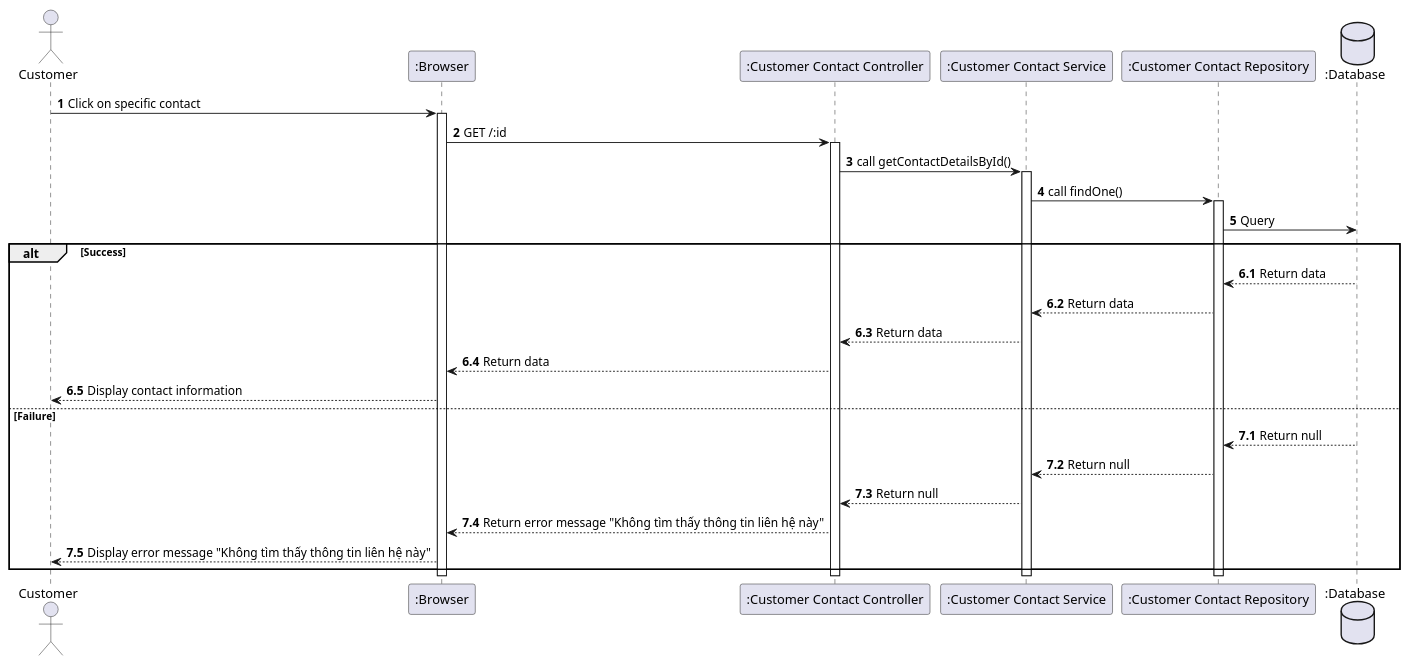
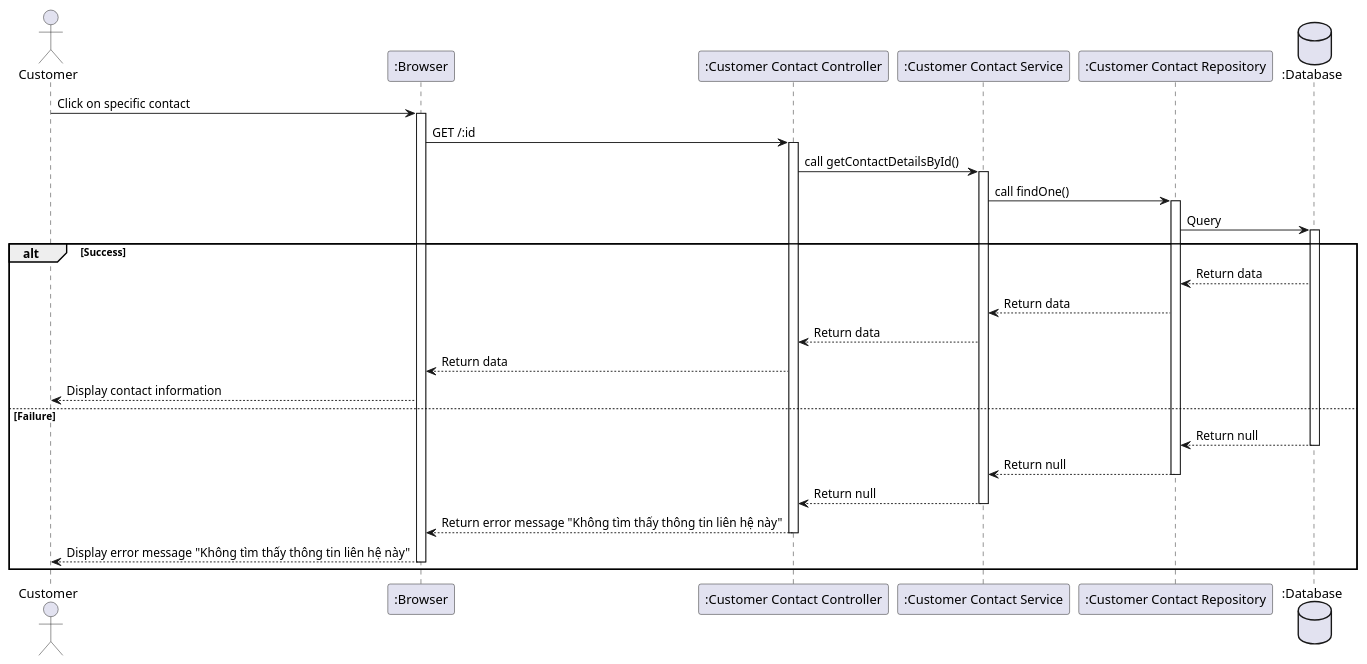
The diagram in docs/customer/sequence/getContactByDetail.plantuml (ngthanhtuung/ema-server), drawn with PlantUML before and after one commit. The commit also changed 11 other files, not shown here.

```diff
--- a/docs/customer/sequence/getContactByDetail.plantuml
+++ b/docs/customer/sequence/getContactByDetail.plantuml
@@ -1,41 +1,29 @@
 @startuml
 
 actor Customer as A
 participant ":Browser" as B
 participant ":Customer Contact Controller" as C
 participant ":Customer Contact Service" as D
 participant ":Customer Contact Repository" as E
 database ":Database" as F
 
-autonumber 1
-A -> B: Click on specific contact
-activate B
-B -> C: GET /:id
-activate C
-C -> D: call getContactDetailsById()
-activate D
-D -> E: call findOne()
-activate E
-E -> F: Query
+A -> B++: Click on specific contact
+B -> C++: GET /:id
+C -> D++: call getContactDetailsById()
+D -> E++: call findOne()
+E -> F++: Query
 alt Success
-autonumber 6.1
     F --> E: Return data
     E --> D: Return data
     D --> C: Return data
     C --> B: Return data
     B --> A: Display contact information
-autonumber 7.1
 else Failure
-    F --> E: Return null
-    E --> D: Return null
-    D --> C: Return null
-    C --> B: Return error message "Không tìm thấy thông tin liên hệ này"
-    B --> A: Display error message "Không tìm thấy thông tin liên hệ này"
+    F --> E--: Return null
+    E --> D--: Return null
+    D --> C--: Return null
+    C --> B--: Return error message "Không tìm thấy thông tin liên hệ này"
+    B --> A--: Display error message "Không tìm thấy thông tin liên hệ này"
 end
-deactivate F
-deactivate E
-deactivate D
-deactivate C
-deactivate B
 
 @enduml
```
